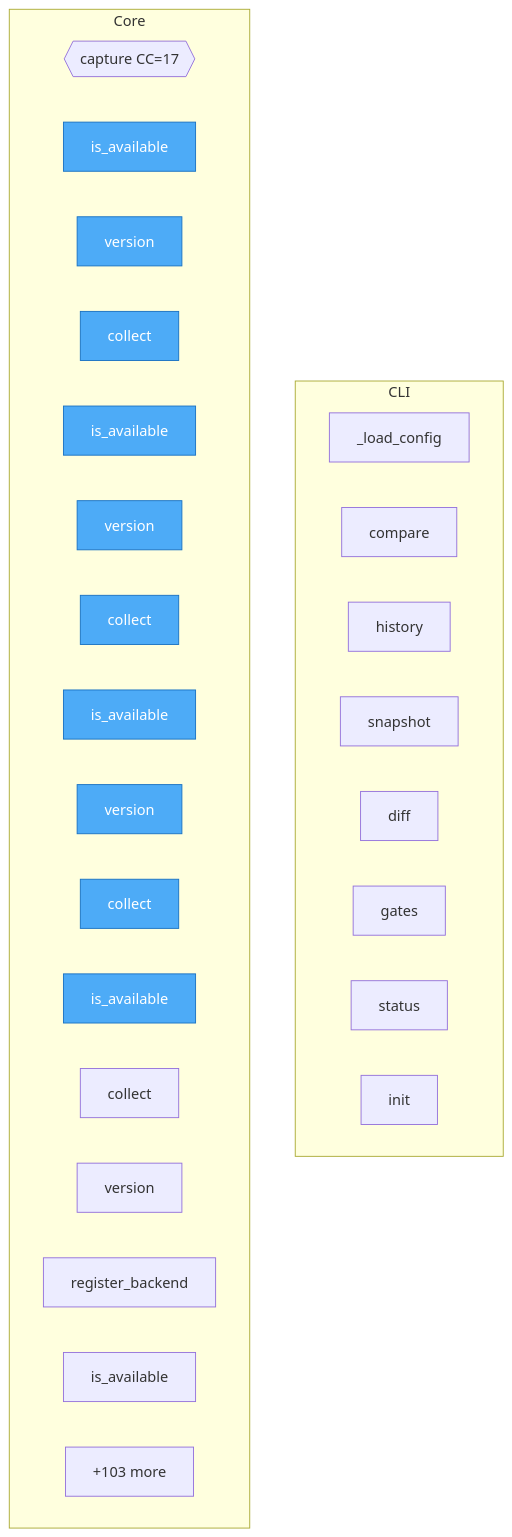
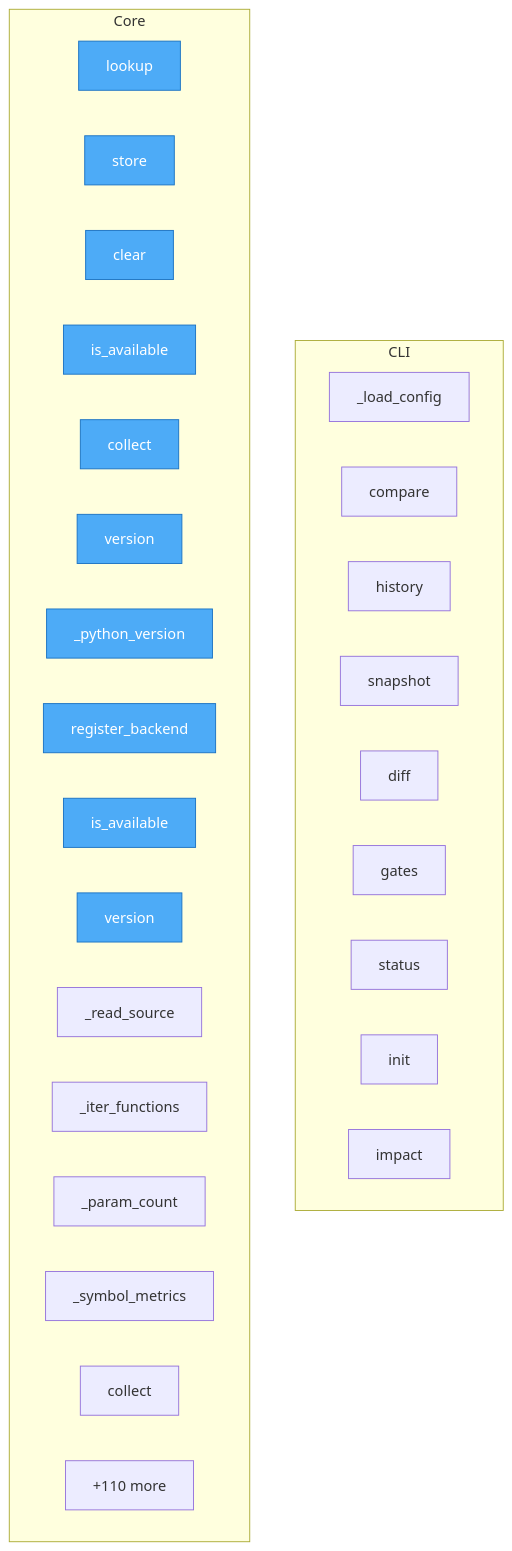
One commit to semcod/regix changed the diagram in project/flow.mmd. Above: the diagram before and after it, drawn with Mermaid. The commit also changed 31 other files, not shown here.

```diff
--- a/project/flow.mmd
+++ b/project/flow.mmd
@@ -1,37 +1,38 @@
 flowchart TD
-%% generated in 0.01s
+%% generated in 0.00s
 
     %% Entry points (blue)
     classDef entry fill:#4dabf7,stroke:#1971c2,color:#fff
 
     subgraph CLI
         regix__cli___load_config["_load_config"]
         regix__cli__compare["compare"]
         regix__cli__history["history"]
         regix__cli__snapshot["snapshot"]
         regix__cli__diff["diff"]
         regix__cli__gates["gates"]
         regix__cli__status["status"]
         regix__cli__init["init"]
+        regix__cli__impact["impact"]
     end
 
     subgraph Core
-        regix__snapshot__capture{{capture CC=17}}
-        regix__backends__docstring_backend__DocstringBackend__is_available["is_available"]
-        regix__backends__docstring_backend__DocstringBackend__version["version"]
-        regix__backends__docstring_backend__DocstringBackend__collect["collect"]
-        regix__backends__vallm_backend__VallmBackend__is_available["is_available"]
-        regix__backends__vallm_backend__VallmBackend__version["version"]
-        regix__backends__vallm_backend__VallmBackend__collect["collect"]
-        regix__backends__radon_backend__RadonBackend__is_available["is_available"]
-        regix__backends__radon_backend__RadonBackend__version["version"]
-        regix__backends__radon_backend__RadonBackend__collect["collect"]
-        regix__backends__BackendBase__is_available["is_available"]
-        regix__backends__BackendBase__collect["collect"]
-        regix__backends__BackendBase__version["version"]
-        regix__backends__register_backend["register_backend"]
-        regix__backends__code2llm_backend__Code2llmBackend__is_available["is_available"]
-        ...["+103 more"]
+        regix__cache__lookup["lookup"]
+        regix__cache__store["store"]
+        regix__cache__clear["clear"]
+        regix__backends__base__BackendBase__is_available["is_available"]
+        regix__backends__base__BackendBase__collect["collect"]
+        regix__backends__base__BackendBase__version["version"]
+        regix__backends__base__BackendBase___python_version["_python_version"]
+        regix__backends__base__register_backend["register_backend"]
+        regix__backends__architecture_backend__ArchitectureBackend__is_available["is_available"]
+        regix__backends__architecture_backend__ArchitectureBackend__version["version"]
+        regix__backends__architecture_backend__ArchitectureBackend___read_source["_read_source"]
+        regix__backends__architecture_backend__ArchitectureBackend___iter_functions["_iter_functions"]
+        regix__backends__architecture_backend__ArchitectureBackend___param_count["_param_count"]
+        regix__backends__architecture_backend__ArchitectureBackend___symbol_metrics["_symbol_metrics"]
+        regix__backends__architecture_backend__ArchitectureBackend__collect["collect"]
+        ...["+110 more"]
     end
 
-    class regix__backends__docstring_backend__DocstringBackend__is_available,regix__backends__docstring_backend__DocstringBackend__version,regix__backends__docstring_backend__DocstringBackend__collect,regix__backends__vallm_backend__VallmBackend__is_available,regix__backends__vallm_backend__VallmBackend__version,regix__backends__vallm_backend__VallmBackend__collect,regix__backends__radon_backend__RadonBackend__is_available,regix__backends__radon_backend__RadonBackend__version,regix__backends__radon_backend__RadonBackend__collect,regix__backends__BackendBase__is_available entry
+    class regix__cache__lookup,regix__cache__store,regix__cache__clear,regix__backends__base__BackendBase__is_available,regix__backends__base__BackendBase__collect,regix__backends__base__BackendBase__version,regix__backends__base__BackendBase___python_version,regix__backends__base__register_backend,regix__backends__architecture_backend__ArchitectureBackend__is_available,regix__backends__architecture_backend__ArchitectureBackend__version entry
```
